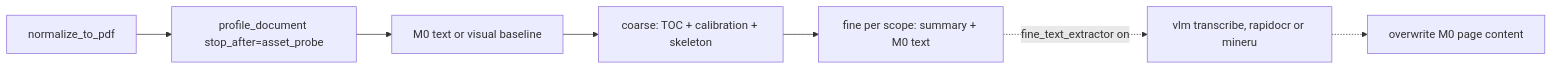
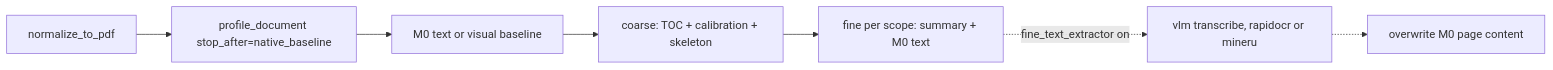
Before and after one commit to gabrielmoreira/agent-skills-mirror: the third of 4 diagrams in mirrors/repos/Ontos-AI@knowhere/AGENTS.md, drawn with Mermaid. The commit also changed other lines of this file and 4744 other files, not shown here.

````diff
--- a/mirrors/repos/Ontos-AI@knowhere/AGENTS.md
+++ b/mirrors/repos/Ontos-AI@knowhere/AGENTS.md
@@ -202,9 +202,9 @@
 ```mermaid
 flowchart LR
-    PDF[normalize_to_pdf] --> Profile["profile_document stop_after=asset_probe"]
+    PDF[normalize_to_pdf] --> Profile["profile_document stop_after=native_baseline"]
     Profile --> M0[M0 text or visual baseline]
     M0 --> Coarse["coarse: TOC + calibration + skeleton"]
     Coarse --> Fine["fine per scope: summary + M0 text"]
     Fine -.->|"fine_text_extractor on"| Extract["vlm transcribe, rapidocr or mineru"]
     Extract -.-> Overwrite[overwrite M0 page content]
 ```
````
